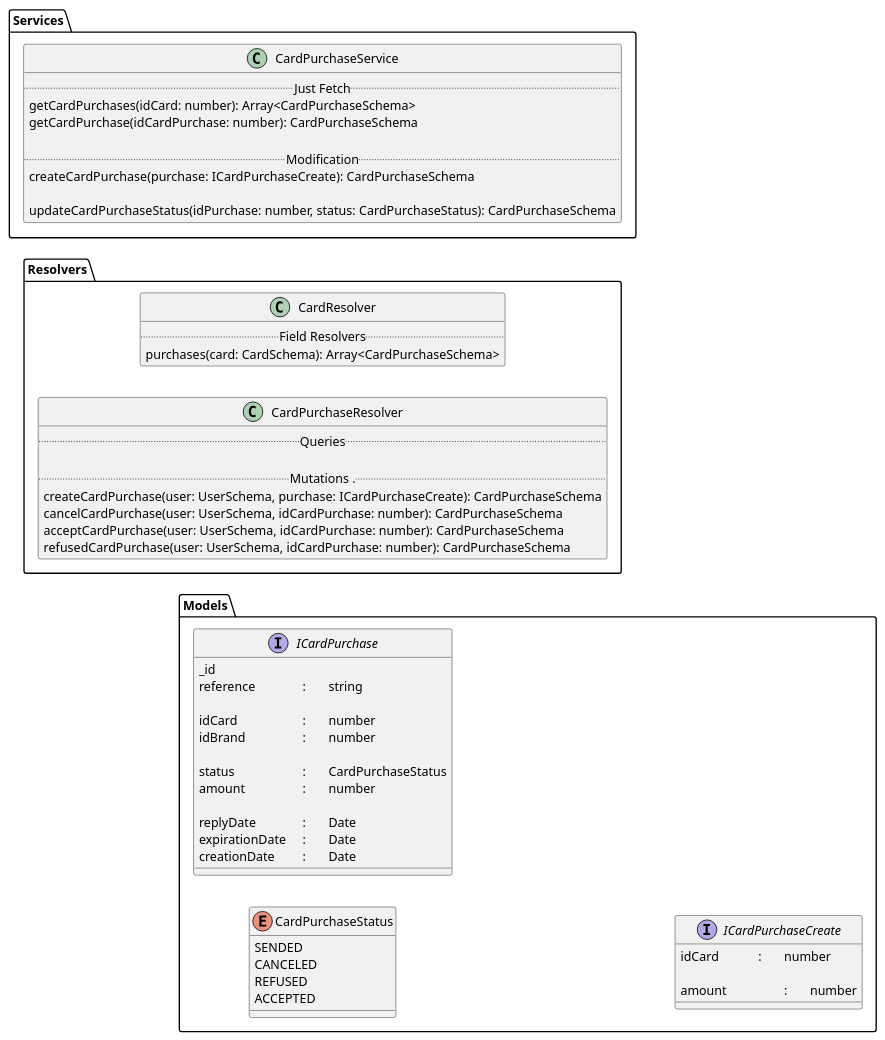
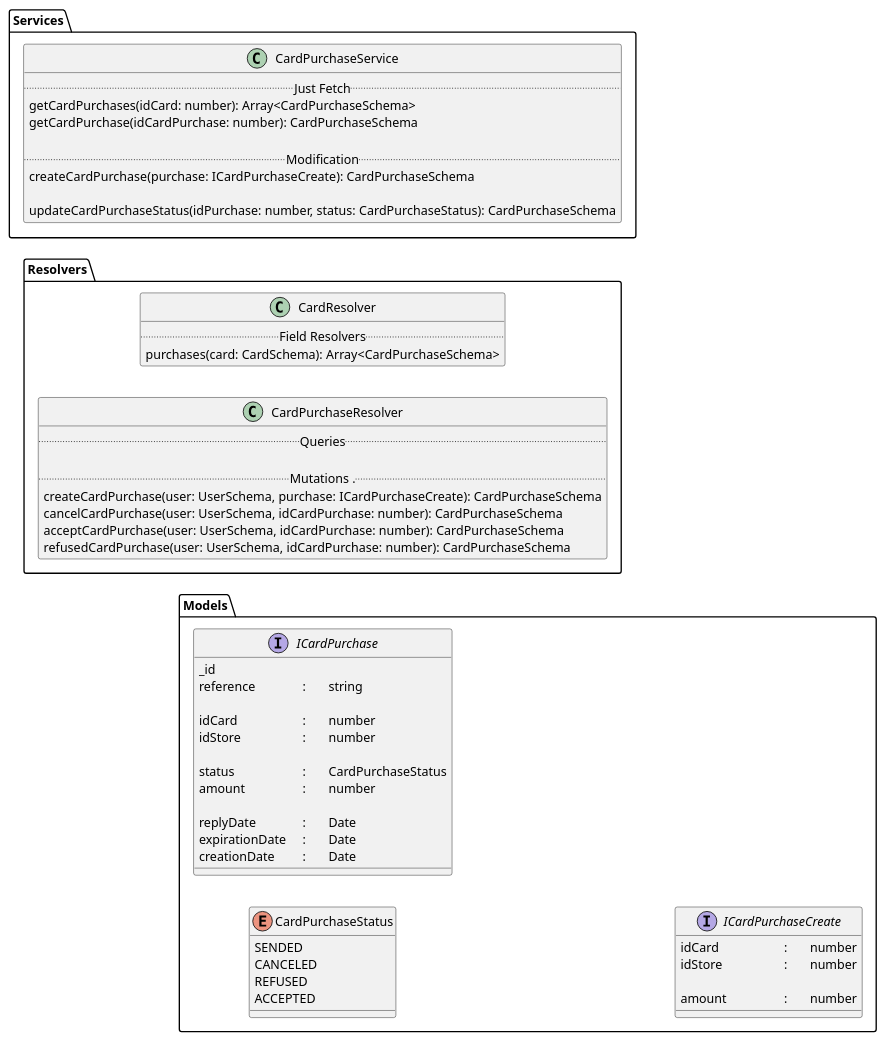
One commit to FlorianMarcon/CadeoModels changed the diagram in doc/uml/code/card/card-purchase.plantuml. Above: the diagram before and after it, drawn with PlantUML. The commit also changed 1 other file, not shown here.

```diff
--- a/doc/uml/code/card/card-purchase.plantuml
+++ b/doc/uml/code/card/card-purchase.plantuml
@@ -1,64 +1,65 @@
 @startuml
 
 left to right direction
 folder Models {
 	enum CardPurchaseStatus {
 		SENDED
 		CANCELED
 		REFUSED
 		ACCEPTED
 	}
 	interface ICardPurchase {
 		_id
 		reference		:	string
 
 		idCard			:	number
-		idBrand			:	number
+		idStore			:	number
 
 		status			:	CardPurchaseStatus
 		amount			:	number
 
 		replyDate		:	Date
 		expirationDate	:	Date
 		creationDate		:	Date
 	}
 
 	interface ICardPurchaseCreate {
-		idCard		:	number
+		idCard			:	number
+		idStore			:	number
 
 		amount			:	number
 	}
 }
 
 folder Resolvers {
 
 	class CardResolver {
 		.. Field Resolvers ..
 		purchases(card: CardSchema): Array<CardPurchaseSchema>
 	}
 	class CardPurchaseResolver {
 		.. Queries ..
 
 		.. Mutations ...
 		createCardPurchase(user: UserSchema, purchase: ICardPurchaseCreate): CardPurchaseSchema
 		cancelCardPurchase(user: UserSchema, idCardPurchase: number): CardPurchaseSchema
 		acceptCardPurchase(user: UserSchema, idCardPurchase: number): CardPurchaseSchema
 		refusedCardPurchase(user: UserSchema, idCardPurchase: number): CardPurchaseSchema
 	}
 }
 
 folder Services {
 
 	class CardPurchaseService {
 		.. Just Fetch ..
 		getCardPurchases(idCard: number): Array<CardPurchaseSchema>
 		getCardPurchase(idCardPurchase: number): CardPurchaseSchema
 
 		.. Modification ..
 		createCardPurchase(purchase: ICardPurchaseCreate): CardPurchaseSchema
 
 		updateCardPurchaseStatus(idPurchase: number, status: CardPurchaseStatus): CardPurchaseSchema
 	}
 }
 
 @enduml
```
